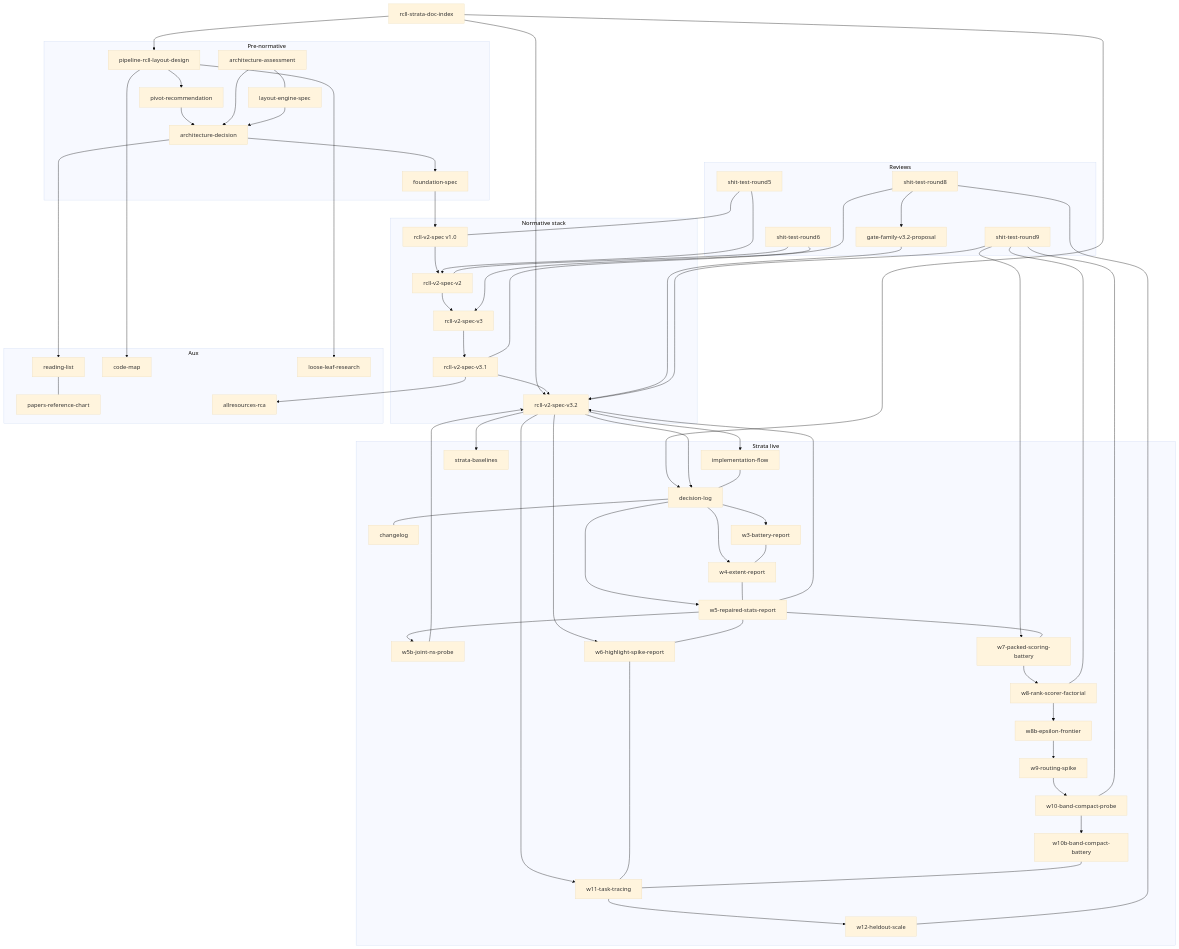
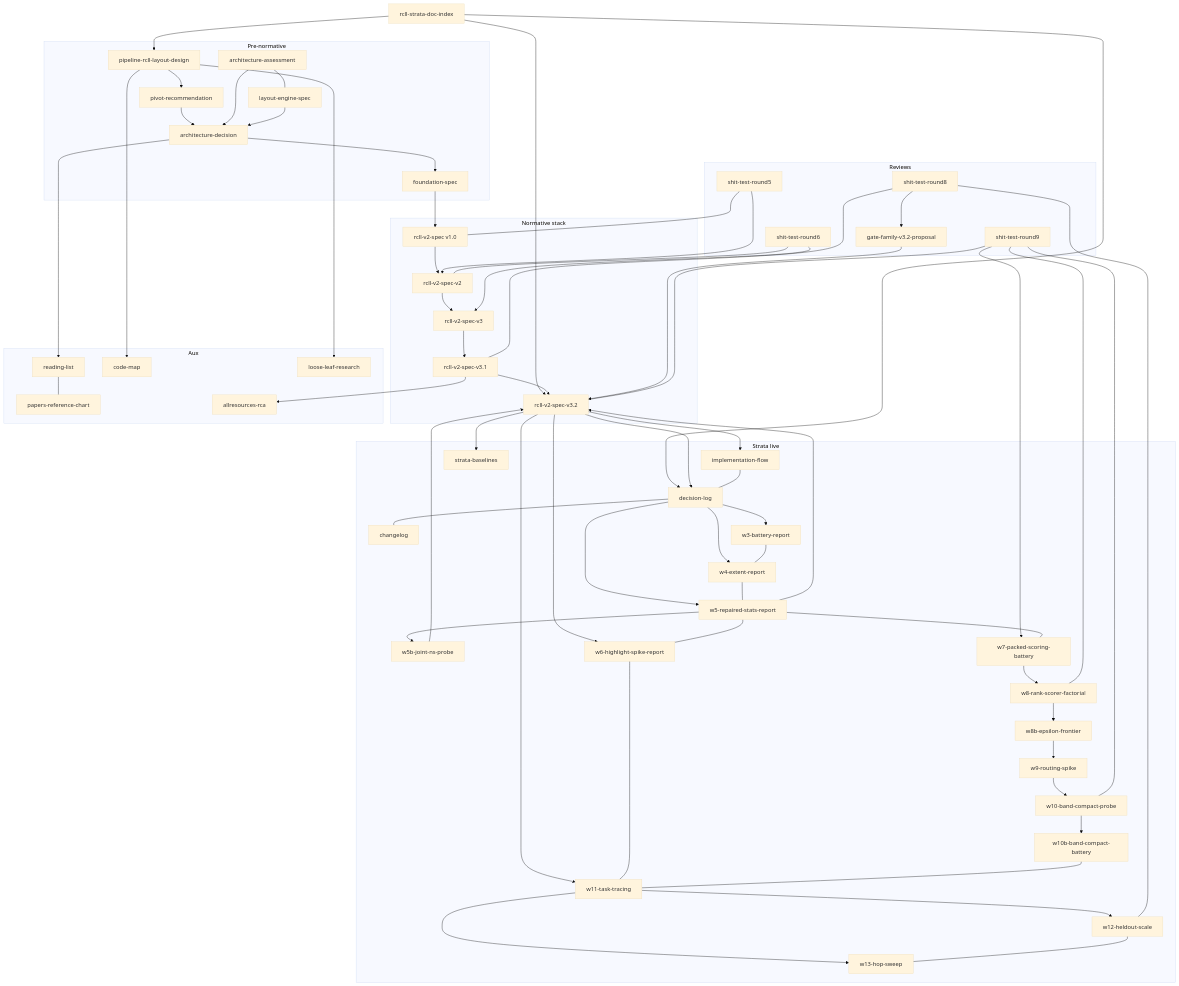
One commit to TusharSariya/excalidraw-tf changed the diagram in docs/rcll-strata-doc-index.md. Above: the diagram before and after it, drawn with Mermaid (base theme). The commit also changed other lines of this file and 3 other files, not shown here.

First line of the commit message:
docs(strata): W13 pre-registration — hop-sweep analysis record (record-only, before stats)

```diff
--- a/docs/rcll-strata-doc-index.md
+++ b/docs/rcll-strata-doc-index.md
@@ -145,6 +146,7 @@
     W10b[w10b-band-compact-battery]
     W11[w11-task-tracing]
     W12[w12-heldout-scale]
+    W13[w13-hop-sweep]
     Base[strata-baselines]
   end
 
@@ -208,6 +210,8 @@
   W10b --- W11
   W11 --> W12
   R8 --- W12
+  W11 --> W13
+  W12 --- W13
   V32 --> Base
 
   ArchDec --> ReadList
```
